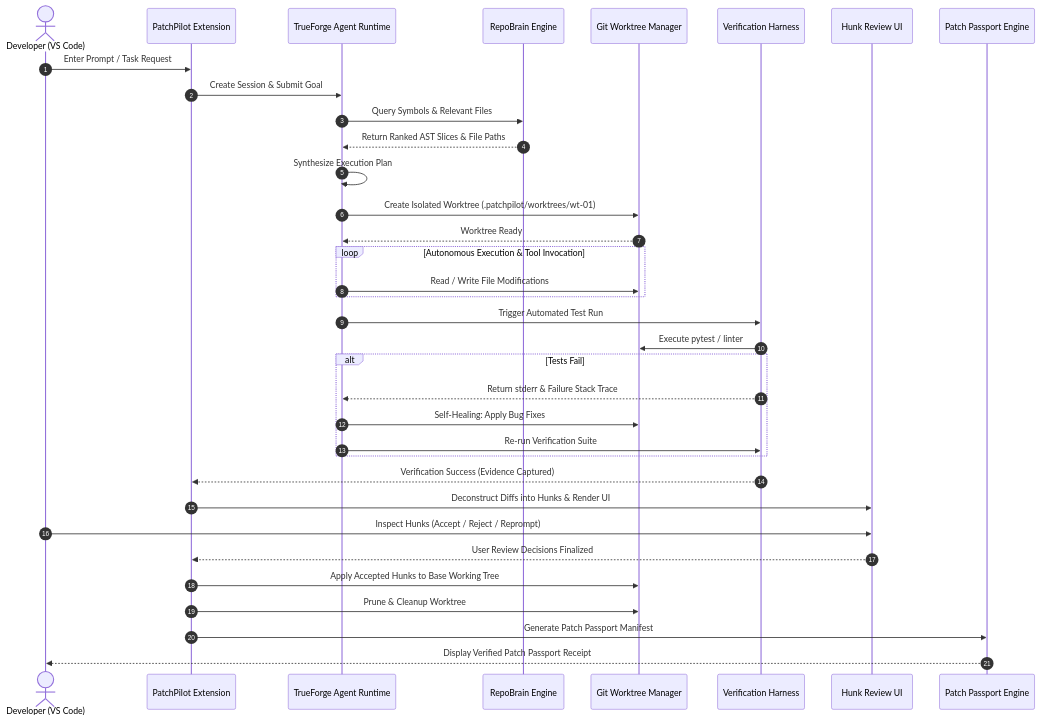
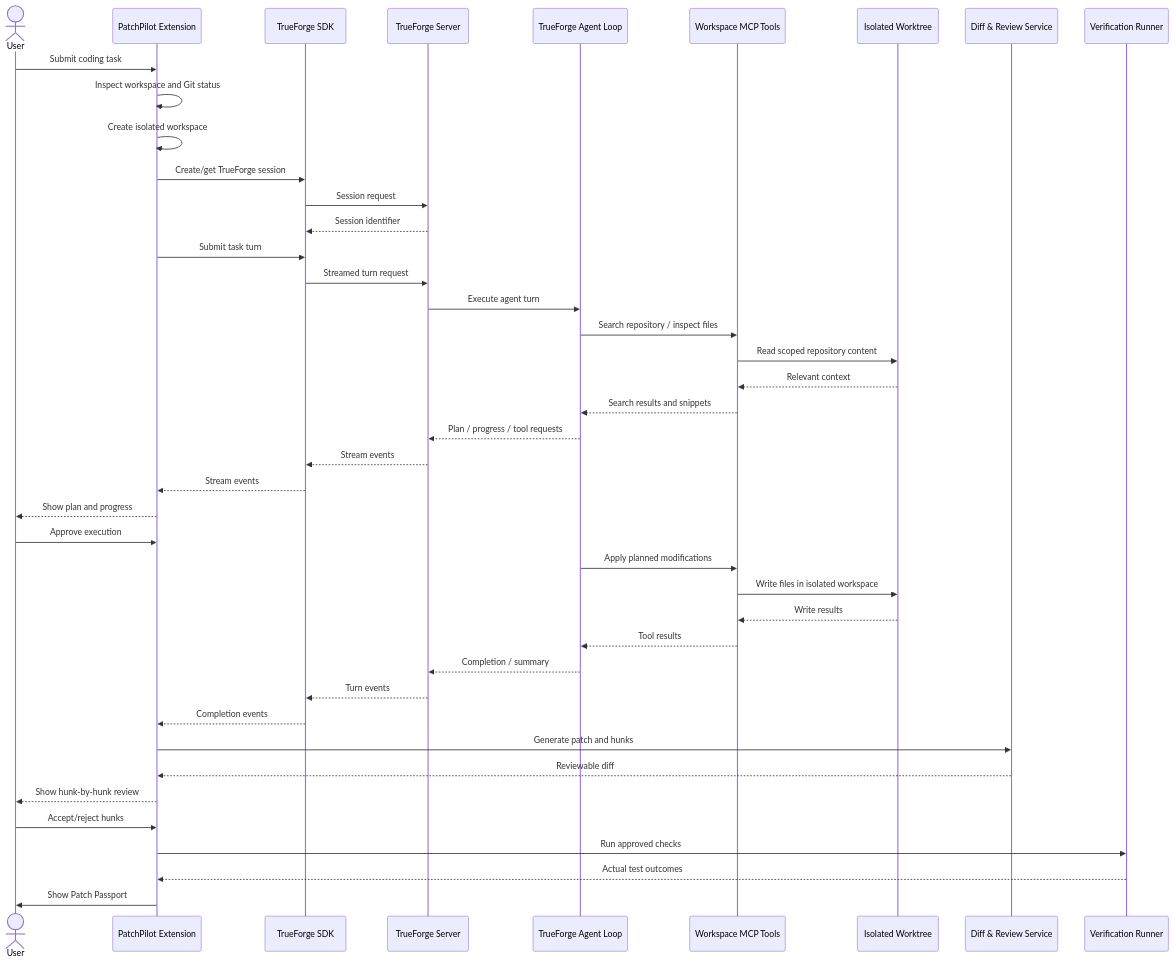
Before and after one commit to madhura200227/PatchPilot: the second of 6 diagrams in PATCHPILOT_INITIAL_ENGINEERING_DOCUMENTATION.md, drawn with Mermaid. The commit also changed other lines of this file and 2 other files, not shown here.

Commit message:
feat: add initial product requirements document for PatchPilot

````diff
--- a/PATCHPILOT_INITIAL_ENGINEERING_DOCUMENTATION.md
+++ b/PATCHPILOT_INITIAL_ENGINEERING_DOCUMENTATION.md
@@ -278,42 +526,45 @@
 ```mermaid
 sequenceDiagram
-    autonumber
-    actor Dev as Developer (VS Code)
-    participant Ext as PatchPilot Extension
-    participant TF as TrueForge Agent Runtime
-    participant RB as RepoBrain Engine
-    participant WT as Git Worktree Manager
-    participant VH as Verification Harness
-    participant HK as Hunk Review UI
-    participant PP as Patch Passport Engine
+    actor User
+    participant VS as PatchPilot Extension
+    participant SDK as TrueForge SDK
+    participant TF as TrueForge Server
+    participant Agent as TrueForge Agent Loop
+    participant MCP as Workspace MCP Tools
+    participant Repo as Isolated Worktree
+    participant Review as Diff & Review Service
+    participant Test as Verification Runner
 
-    Dev->>Ext: Enter Prompt / Task Request
-    Ext->>TF: Create Session & Submit Goal
-    TF->>RB: Query Symbols & Relevant Files
-    RB-->>TF: Return Ranked AST Slices & File Paths
-    TF->>TF: Synthesize Execution Plan
-    TF->>WT: Create Isolated Worktree (.patchpilot/worktrees/wt-01)
-    WT-->>TF: Worktree Ready
-
-    loop Autonomous Execution & Tool Invocation
-        TF->>WT: Read / Write File Modifications
-    end
-
-    TF->>VH: Trigger Automated Test Run
-    VH->>WT: Execute pytest / linter
-    alt Tests Fail
-        VH-->>TF: Return stderr & Failure Stack Trace
-        TF->>WT: Self-Healing: Apply Bug Fixes
-        TF->>VH: Re-run Verification Suite
-    end
-    VH-->>Ext: Verification Success (Evidence Captured)
-
-    Ext->>HK: Deconstruct Diffs into Hunks & Render UI
-    Dev->>HK: Inspect Hunks (Accept / Reject / Reprompt)
-    HK-->>Ext: User Review Decisions Finalized
-
-    Ext->>WT: Apply Accepted Hunks to Base Working Tree
-    Ext->>WT: Prune & Cleanup Worktree
-    Ext->>PP: Generate Patch Passport Manifest
-    PP-->>Dev: Display Verified Patch Passport Receipt
+    User->>VS: Submit coding task
+    VS->>VS: Inspect workspace and Git status
+    VS->>VS: Create isolated workspace
+    VS->>SDK: Create/get TrueForge session
+    SDK->>TF: Session request
+    TF-->>SDK: Session identifier
+    VS->>SDK: Submit task turn
+    SDK->>TF: Streamed turn request
+    TF->>Agent: Execute agent turn
+    Agent->>MCP: Search repository / inspect files
+    MCP->>Repo: Read scoped repository content
+    Repo-->>MCP: Relevant context
+    MCP-->>Agent: Search results and snippets
+    Agent-->>TF: Plan / progress / tool requests
+    TF-->>SDK: Stream events
+    SDK-->>VS: Stream events
+    VS-->>User: Show plan and progress
+    User->>VS: Approve execution
+    Agent->>MCP: Apply planned modifications
+    MCP->>Repo: Write files in isolated workspace
+    Repo-->>MCP: Write results
+    MCP-->>Agent: Tool results
+    Agent-->>TF: Completion / summary
+    TF-->>SDK: Turn events
+    SDK-->>VS: Completion events
+    VS->>Review: Generate patch and hunks
+    Review-->>VS: Reviewable diff
+    VS-->>User: Show hunk-by-hunk review
+    User->>VS: Accept/reject hunks
+    VS->>Test: Run approved checks
+    Test-->>VS: Actual test outcomes
+    VS->>User: Show Patch Passport
 ```
````
